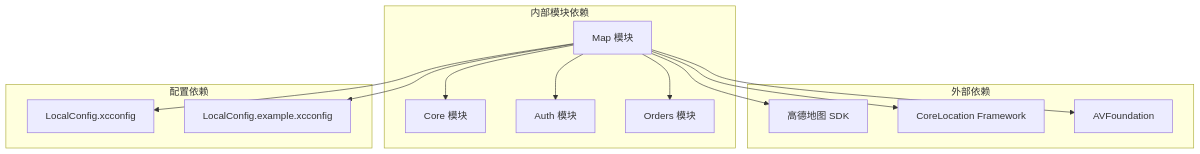
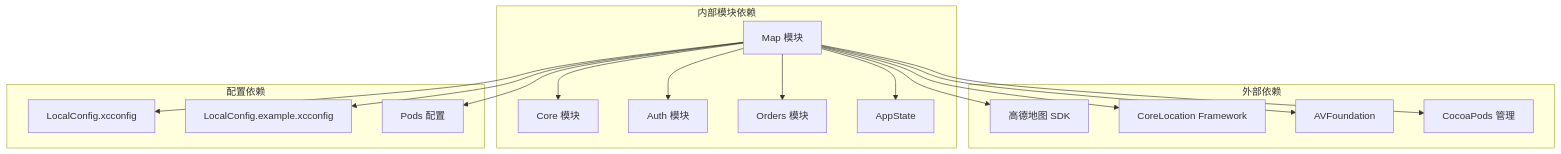
The seventh of 7 diagrams in .qoder/repowiki/zh/content/架构设计/模块化架构设计/Map 地图模块.md (Jayden23018/blind-run-ios), drawn with Mermaid before and after one commit. The commit also changed other lines of this file and 55 other files, not shown here.

````diff
--- a/.qoder/repowiki/zh/content/架构设计/模块化架构设计/Map 地图模块.md
+++ b/.qoder/repowiki/zh/content/架构设计/模块化架构设计/Map 地图模块.md
@@ -351,26 +476,32 @@
 ```mermaid
 graph TB
 subgraph "外部依赖"
 AMapSDK[高德地图 SDK]
 CoreLocation[CoreLocation Framework]
 AVFoundation[AVFoundation]
+CocoaPods[CocoaPods 管理]
 end
 subgraph "内部模块依赖"
 MapModule[Map 模块]
 CoreModule[Core 模块]
 AuthModule[Auth 模块]
 OrdersModule[Orders 模块]
+AppState[AppState]
 end
 subgraph "配置依赖"
 LocalConfig[LocalConfig.xcconfig]
 ExampleConfig[LocalConfig.example.xcconfig]
+PodsConfig[Pods 配置]
 end
 MapModule --> AMapSDK
 MapModule --> CoreLocation
 MapModule --> AVFoundation
+MapModule --> CocoaPods
 MapModule --> CoreModule
 MapModule --> AuthModule
 MapModule --> OrdersModule
+MapModule --> AppState
 MapModule --> LocalConfig
 MapModule --> ExampleConfig
+MapModule --> PodsConfig
 ```
````
